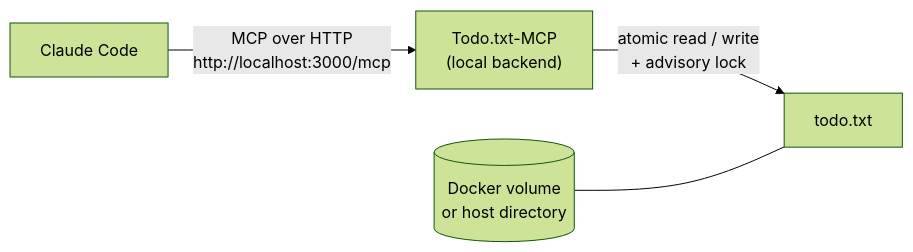
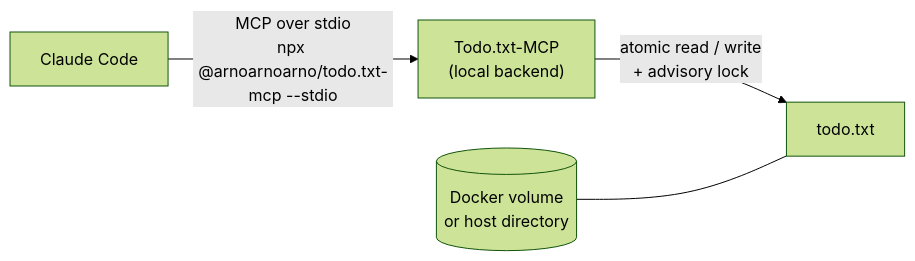
The second of 2 diagrams in README.md (ArnoNuyts/Todo.txt-MCP), drawn with Mermaid (forest theme) before and after one commit. The commit also changed other lines of this file and 11 other files, not shown here.

````diff
--- a/README.md
+++ b/README.md
@@ -50,11 +53,11 @@
 ```mermaid
 flowchart LR
     CC["Claude Code"]
     MCP["Todo.txt-MCP<br/>(local backend)"]
     VOL[("Docker volume<br/>or host directory")]
     FILE["todo.txt"]
 
-    CC -- "MCP over HTTP<br/>http://localhost:3000/mcp" --> MCP
+    CC -- "MCP over stdio<br/>npx @arnoarnoarno/todo.txt-mcp --stdio" --> MCP
     MCP -- "atomic read / write<br/>+ advisory lock" --> FILE
     VOL --- FILE
 ```
````
